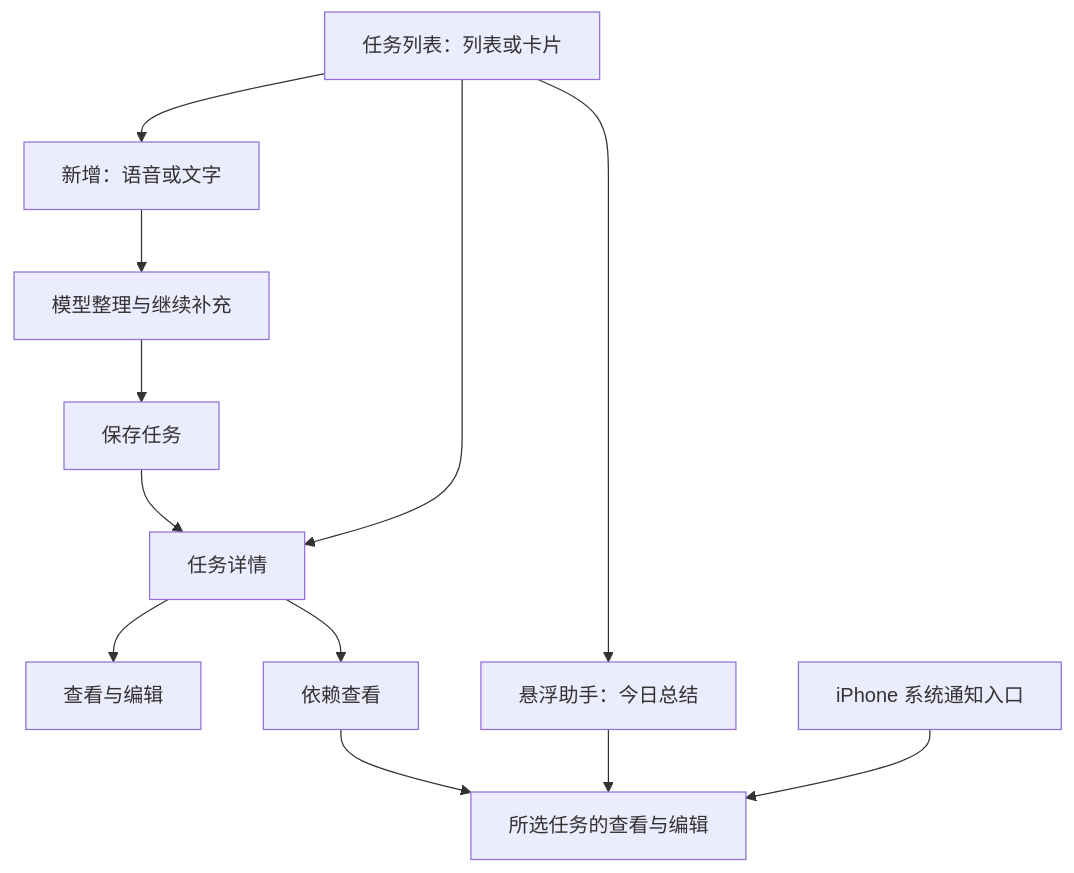
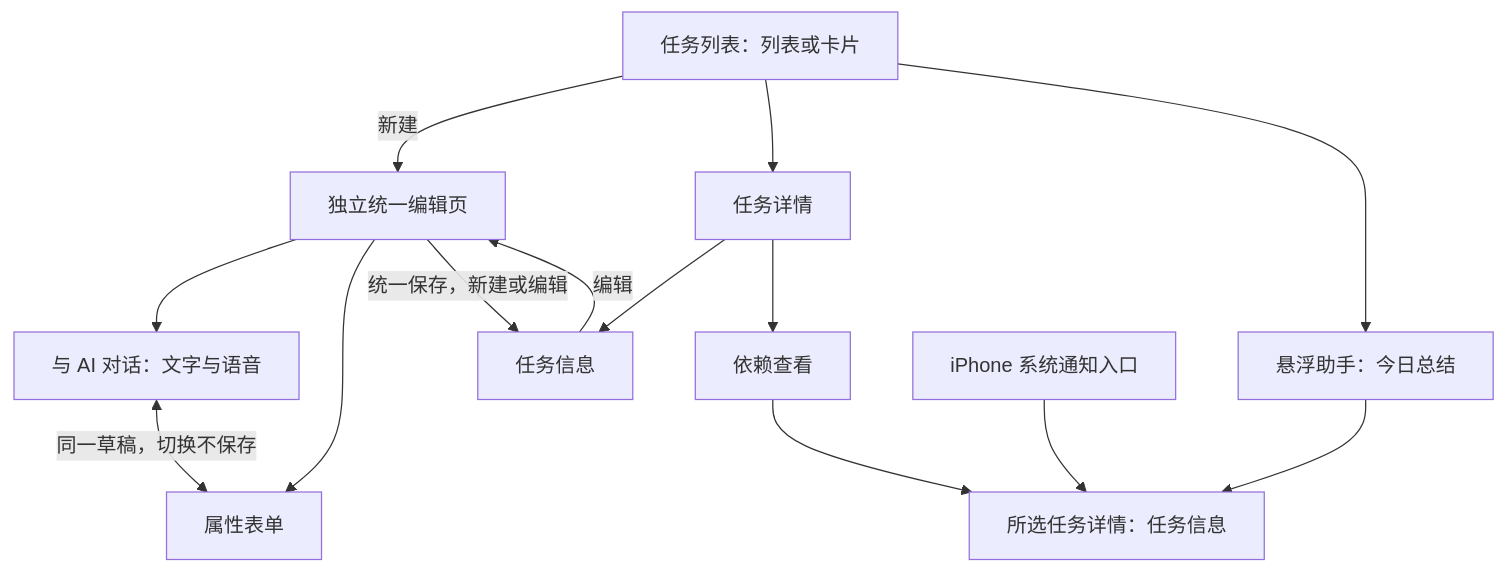
The diagram in docs/tools/reminders.md (leinjay/venus), drawn with Mermaid before and after one commit. The commit also changed other lines of this file and 2 other files, not shown here.

````diff
--- a/docs/tools/reminders.md
+++ b/docs/tools/reminders.md
@@ -108,14 +126,16 @@
 ```mermaid
 flowchart TD
-    L[任务列表：列表或卡片] --> A[新增：语音或文字]
-    A --> P[模型整理与继续补充]
-    P --> S[保存任务]
-    S --> D[任务详情]
-    L --> D
-    D --> E[查看与编辑]
+    L[任务列表：列表或卡片] -->|新建| U[独立统一编辑页]
+    L --> D[任务详情]
+    D --> I[任务信息]
+    I -->|编辑| U
     D --> G[依赖查看]
-    G --> N[所选任务的查看与编辑]
+    G --> N[所选任务详情：任务信息]
+    U --> A[与 AI 对话：文字与语音]
+    U --> F[属性表单]
+    A <-->|同一草稿，切换不保存| F
+    U -->|统一保存，新建或编辑| I
     L --> H[悬浮助手：今日总结]
     H --> N
     R[iPhone 系统通知入口] --> N
 ```
````
